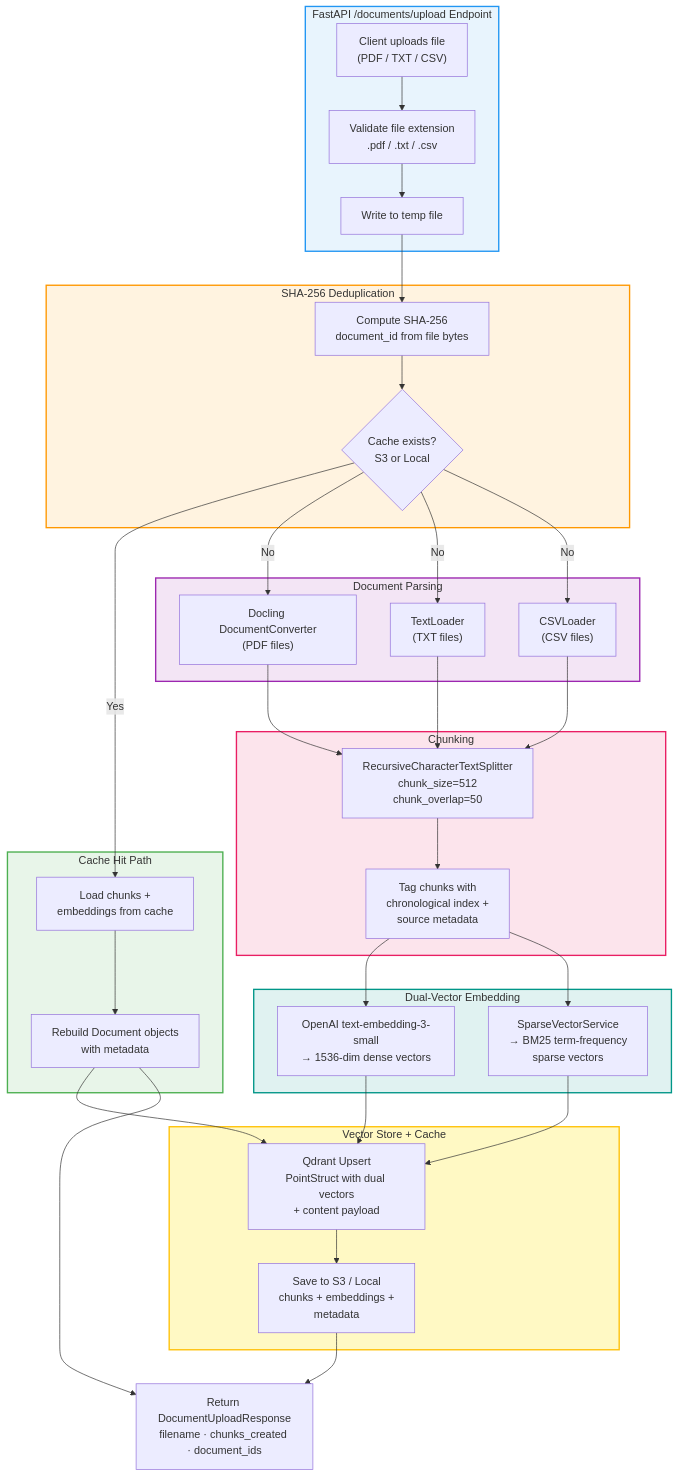
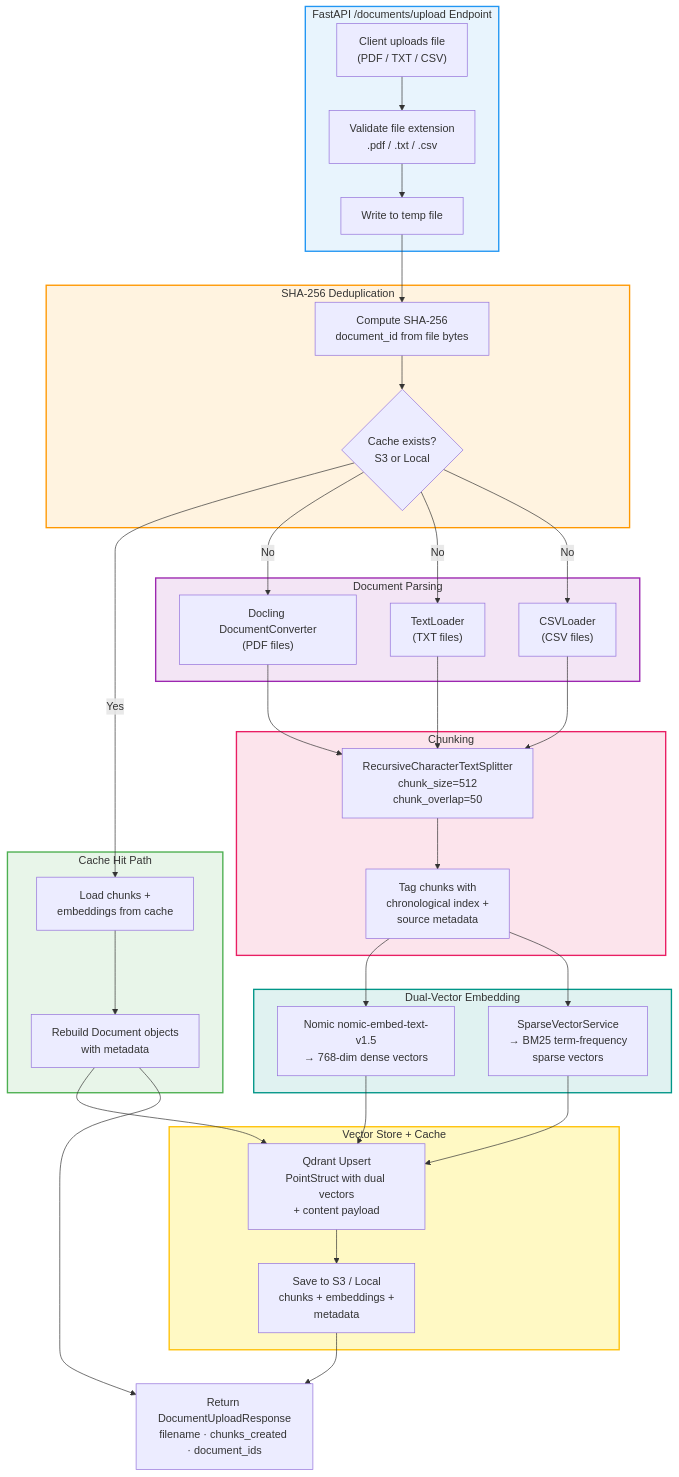
Before and after one commit to Manishekhar001/IDOP: the diagram in docs/design/03-document-upload-pipeline.md, drawn with Mermaid. The commit also changed other lines of this file and 7 other files, not shown here.

````diff
--- a/docs/design/03-document-upload-pipeline.md
+++ b/docs/design/03-document-upload-pipeline.md
@@ -19,68 +19,68 @@
 ```mermaid
 graph TB
     subgraph Upload["FastAPI /documents/upload Endpoint"]
         style Upload fill:#e8f4fd,stroke:#2196F3,stroke-width:2px
         Client["Client uploads file<br/>(PDF / TXT / CSV)"]
         Validate["Validate file extension<br/>.pdf / .txt / .csv"]
         TempFile["Write to temp file"]
     end
 
     subgraph Dedup["SHA-256 Deduplication"]
         style Dedup fill:#fff3e0,stroke:#FF9800,stroke-width:2px
         Hash["Compute SHA-256<br/>document_id from file bytes"]
         CacheCheck{"Cache exists?<br/>S3 or Local"}
     end
 
     subgraph Cached["Cache Hit Path"]
         style Cached fill:#e8f5e9,stroke:#4CAF50,stroke-width:2px
         LoadCache["Load chunks +<br/>embeddings from cache"]
         RebuildDocs["Rebuild Document objects<br/>with metadata"]
     end
 
     subgraph Parse["Document Parsing"]
         style Parse fill:#f3e5f5,stroke:#9C27B0,stroke-width:2px
         PDFLoader["Docling DocumentConverter<br/>(PDF files)"]
         TextLoader["TextLoader<br/>(TXT files)"]
         CSVLoader["CSVLoader<br/>(CSV files)"]
     end
 
     subgraph Chunk["Chunking"]
         style Chunk fill:#fce4ec,stroke:#E91E63,stroke-width:2px
         Splitter["RecursiveCharacterTextSplitter<br/>chunk_size=512<br/>chunk_overlap=50"]
         IndexTag["Tag chunks with<br/>chronological index +<br/>source metadata"]
     end
 
     subgraph Embed["Dual-Vector Embedding"]
         style Embed fill:#e0f2f1,stroke:#009688,stroke-width:2px
-        Dense["OpenAI text-embedding-3-small<br/>→ 1536-dim dense vectors"]
+        Dense["Nomic nomic-embed-text-v1.5<br/>→ 768-dim dense vectors"]
         Sparse["SparseVectorService<br/>→ BM25 term-frequency<br/>sparse vectors"]
     end
 
     subgraph Store["Vector Store + Cache"]
         style Store fill:#fff9c4,stroke:#FFC107,stroke-width:2px
         Qdrant["Qdrant Upsert<br/>PointStruct with dual vectors<br/>+ content payload"]
         SaveCache["Save to S3 / Local<br/>chunks + embeddings +<br/>metadata"]
     end
 
     Response["Return DocumentUploadResponse<br/>filename · chunks_created · document_ids"]
 
     Client --> Validate --> TempFile --> Hash
     Hash --> CacheCheck
     CacheCheck -->|"Yes"| LoadCache --> RebuildDocs --> Qdrant
     CacheCheck -->|"No"| PDFLoader
     CacheCheck -->|"No"| TextLoader
     CacheCheck -->|"No"| CSVLoader
 
     PDFLoader --> Splitter
     TextLoader --> Splitter
     CSVLoader --> Splitter
     Splitter --> IndexTag
 
     IndexTag --> Dense
     IndexTag --> Sparse
 
     Dense --> Qdrant
     Sparse --> Qdrant
     Qdrant --> SaveCache --> Response
     RebuildDocs --> Response
 ```
````
